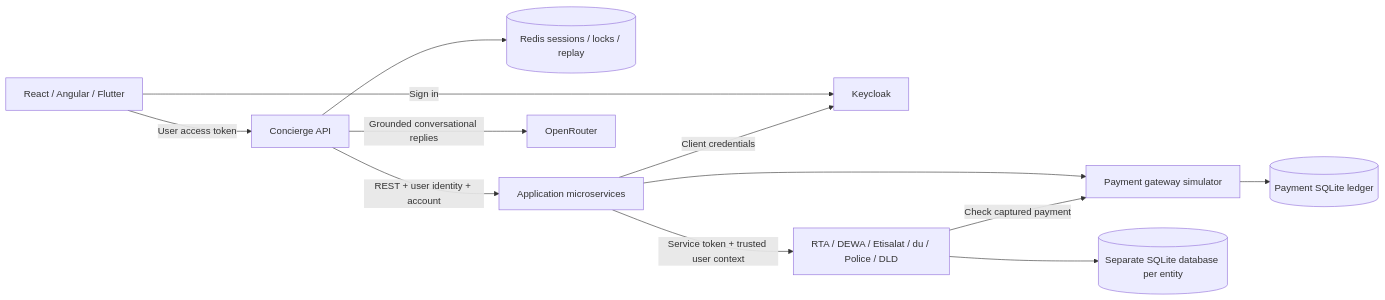
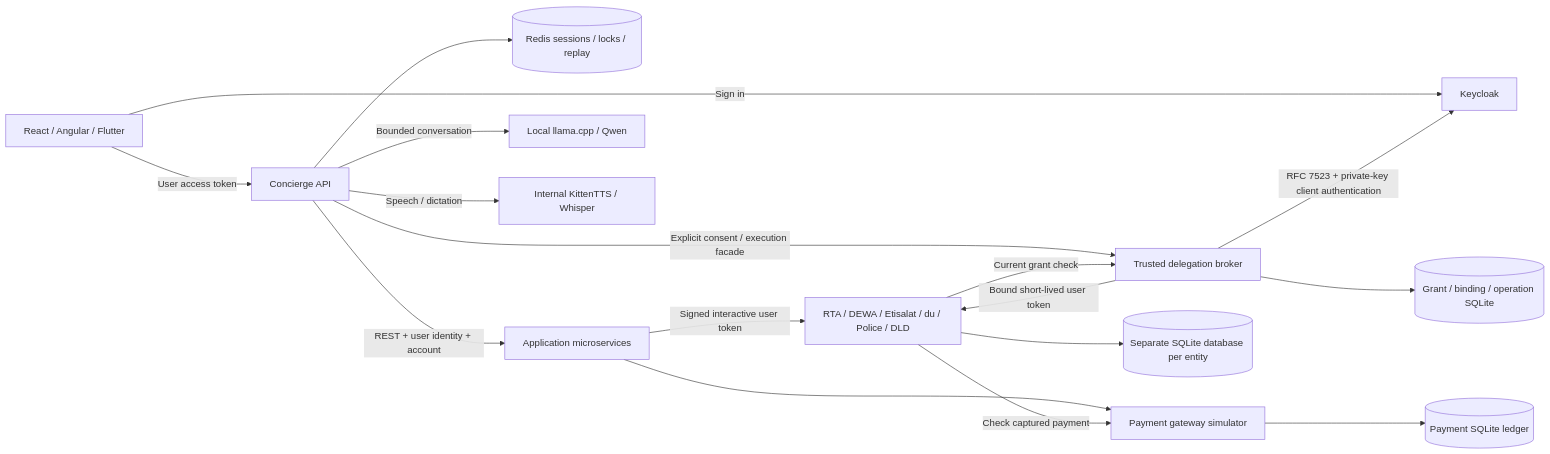
One commit to bassemZohdy/super-app-agent changed the diagram in README.md. Above: the diagram before and after it, drawn with Mermaid. The commit also changed other lines of this file and 141 other files, not shown here.

First line of the commit message:
feat(demo): add secure delegation and local open-source text and voice

````diff
--- a/README.md
+++ b/README.md
@@ -38,14 +43,19 @@
 ```mermaid
 flowchart LR
   Shell[React / Angular / Flutter] -->|User access token| Core[Concierge API]
   Shell -->|Sign in| KC[Keycloak]
   Core --> Redis[(Redis sessions / locks / replay)]
   Core -->|REST + user identity + account| Apps[Application microservices]
-  Apps -->|Client credentials| KC
-  Apps -->|Service token + trusted user context| Providers[RTA / DEWA / Etisalat / du / Police / DLD]
+  Apps -->|Signed interactive user token| Providers[RTA / DEWA / Etisalat / du / Police / DLD]
+  Core -->|Explicit consent / execution facade| Broker[Trusted delegation broker]
+  Broker -->|RFC 7523 + private-key client authentication| KC
+  Broker --> Grants[(Grant / binding / operation SQLite)]
+  Broker -->|Bound short-lived user token| Providers
+  Providers -->|Current grant check| Broker
   Apps --> Payments[Payment gateway simulator]
   Providers -->|Check captured payment| Payments
   Providers --> SQLite[(Separate SQLite database per entity)]
   Payments --> Ledger[(Payment SQLite ledger)]
-  Core -->|Grounded conversational replies| OR[OpenRouter]
+  Core -->|Bounded conversation| LLM[Local llama.cpp / Qwen]
+  Core -->|Speech / dictation| Voice[Internal KittenTTS / Whisper]
 ```
````
